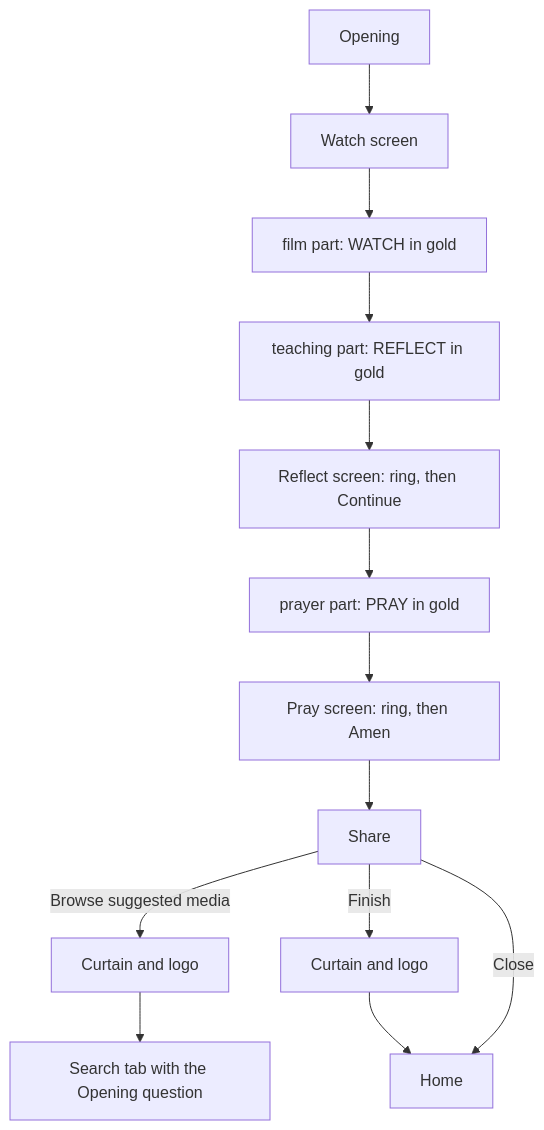
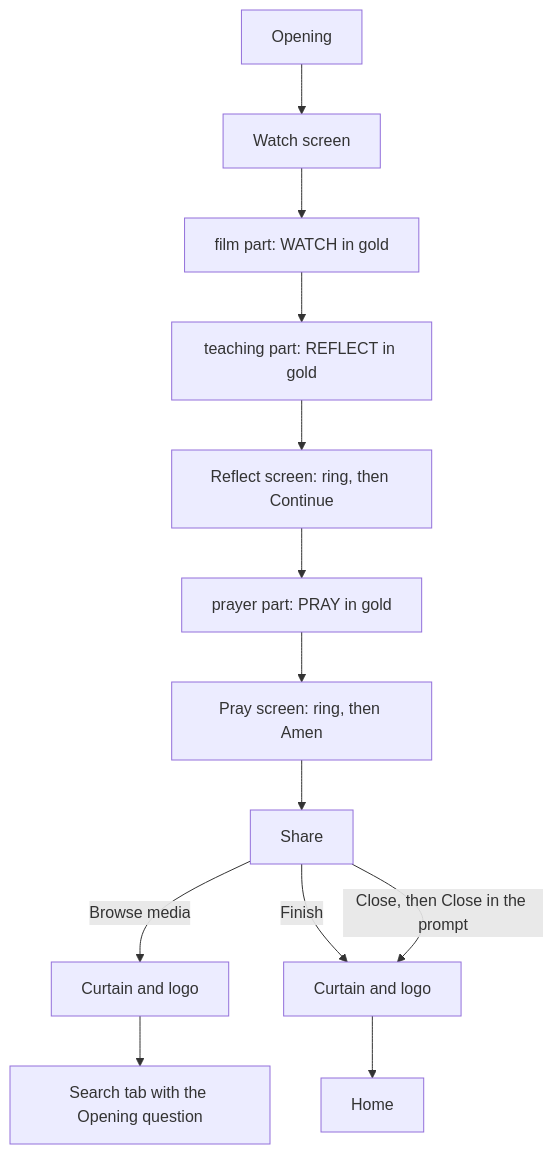
Before and after one commit to JesusFilm/forge: the first of 3 diagrams in docs/plans/2026-10-09-1321-feat-daily-bible-pause-v2-plan.md, drawn with Mermaid. The commit also changed other lines of this file and 14 other files, not shown here.

````diff
--- a/docs/plans/2026-10-09-1321-feat-daily-bible-pause-v2-plan.md
+++ b/docs/plans/2026-10-09-1321-feat-daily-bible-pause-v2-plan.md
@@ -98,15 +99,15 @@
 ```mermaid
 flowchart TB
   O["Opening"] --> W["Watch screen"]
   W --> F["film part: WATCH in gold"]
   F --> T["teaching part: REFLECT in gold"]
   T --> R["Reflect screen: ring, then Continue"]
   R --> P["prayer part: PRAY in gold"]
   P --> Y["Pray screen: ring, then Amen"]
   Y --> S["Share"]
-  S -->|"Browse suggested media"| C1["Curtain and logo"]
+  S -->|"Browse media"| C1["Curtain and logo"]
   C1 --> Q["Search tab with the Opening question"]
   S -->|"Finish"| C2["Curtain and logo"]
   C2 --> H["Home"]
-  S -->|"Close"| H
+  S -->|"Close, then Close in the prompt"| C2
 ```
````
